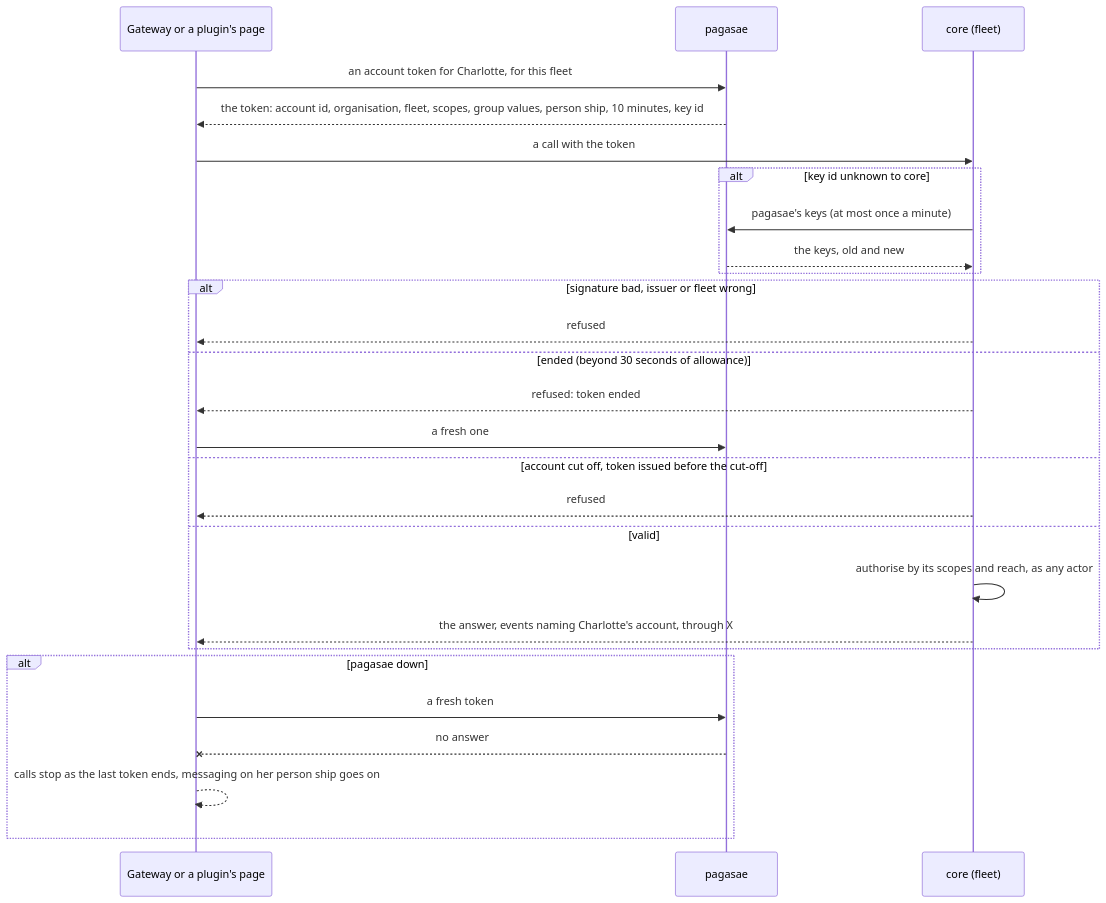
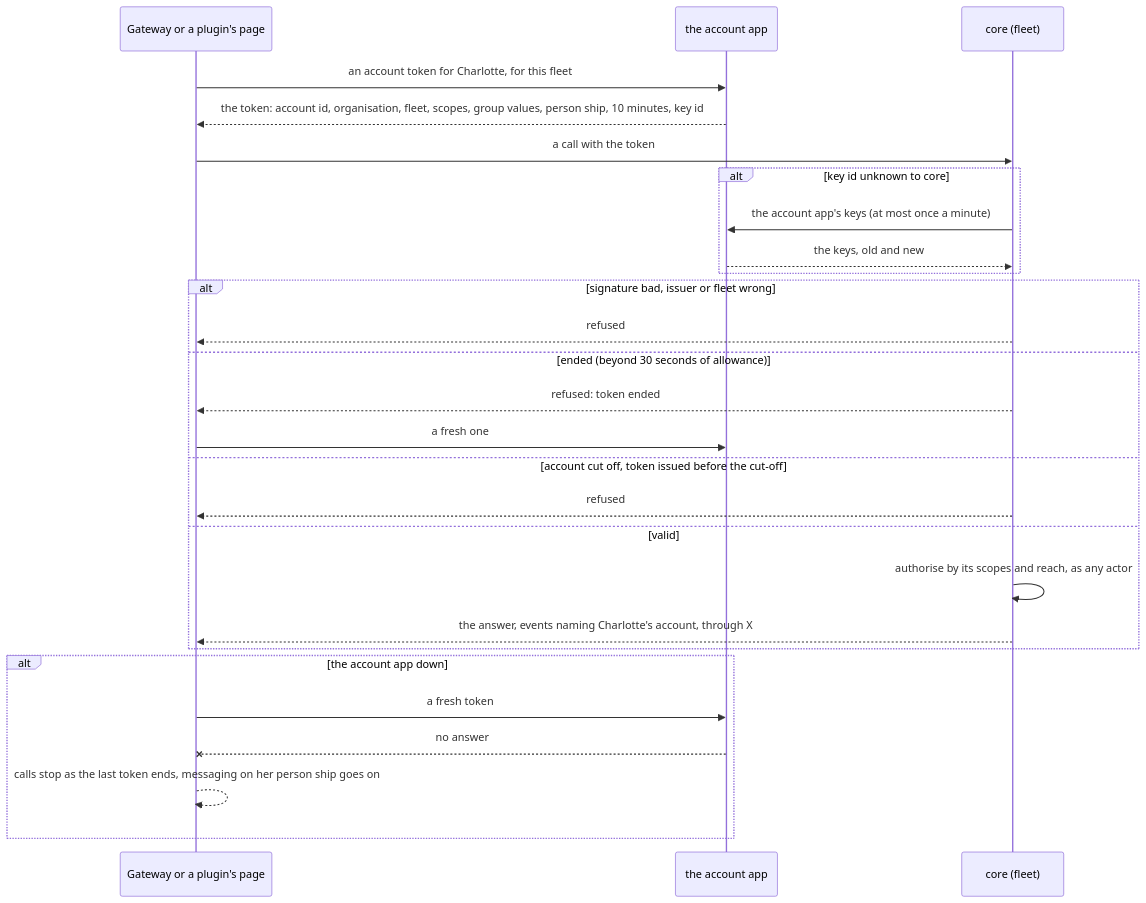
One commit to ThomasHendrickx/aeolus-fleet changed diagram 11 of 11 in docs/design/accounts/phase-2/flows.md. Above: the diagram before and after it, drawn with Mermaid. The commit also changed other lines of this file and 157 other files, not shown here.

Commit message:
refactor: use neutral account app terminology

````diff
--- a/docs/design/accounts/phase-2/flows.md
+++ b/docs/design/accounts/phase-2/flows.md
@@ -416,29 +416,29 @@
 ```mermaid
 sequenceDiagram
   participant X as Gateway or a plugin's page
-  participant P as pagasae
+  participant P as the account app
   participant C as core (fleet)
   X->>P: an account token for Charlotte, for this fleet
   P-->>X: the token: account id, organisation, fleet, scopes, group values, person ship, 10 minutes, key id
   X->>C: a call with the token
   alt key id unknown to core
-    C->>P: pagasae's keys (at most once a minute)
+    C->>P: the account app's keys (at most once a minute)
     P-->>C: the keys, old and new
   end
   alt signature bad, issuer or fleet wrong
     C-->>X: refused
   else ended (beyond 30 seconds of allowance)
     C-->>X: refused: token ended
     X->>P: a fresh one
   else account cut off, token issued before the cut-off
     C-->>X: refused
   else valid
     C->>C: authorise by its scopes and reach, as any actor
     C-->>X: the answer, events naming Charlotte's account, through X
   end
-  alt pagasae down
+  alt the account app down
     X->>P: a fresh token
     P--xX: no answer
     X-->>X: calls stop as the last token ends, messaging on her person ship goes on
   end
 ```
````
